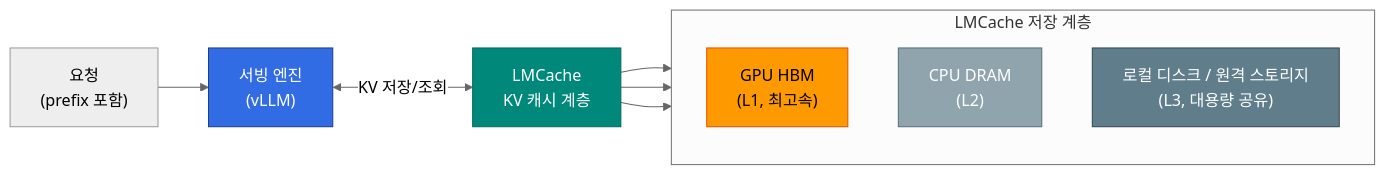
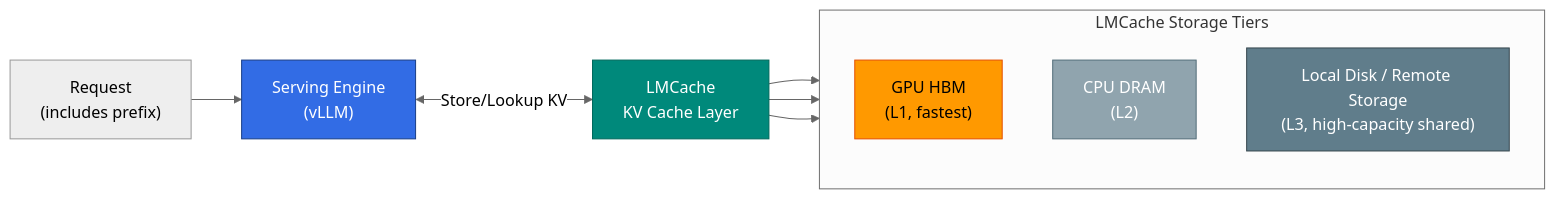
Before and after one commit to devfloor9/engineering-playbook: the diagram in docs/agentic-ai-platform/model-serving/inference-optimization/lmcache.md, drawn with Mermaid (neutral theme). The commit also changed other lines of this file and 954 other files, not shown here.

````diff
--- a/docs/agentic-ai-platform/model-serving/inference-optimization/lmcache.md
+++ b/docs/agentic-ai-platform/model-serving/inference-optimization/lmcache.md
@@ -41,22 +41,22 @@
 ```mermaid
 flowchart LR
-    REQ["요청<br/>(prefix 포함)"] --> ENGINE["서빙 엔진<br/>(vLLM)"]
-    ENGINE <-->|KV 저장/조회| LM["LMCache<br/>KV 캐시 계층"]
+    REQ["Request<br/>(includes prefix)"] --> ENGINE["Serving Engine<br/>(vLLM)"]
+    ENGINE <-->|Store/Lookup KV| LM["LMCache<br/>KV Cache Layer"]
 
-    subgraph TIERS["LMCache 저장 계층"]
+    subgraph TIERS["LMCache Storage Tiers"]
         direction TB
-        GPU["GPU HBM<br/>(L1, 최고속)"]
+        GPU["GPU HBM<br/>(L1, fastest)"]
         CPU["CPU DRAM<br/>(L2)"]
-        DISK["로컬 디스크 / 원격 스토리지<br/>(L3, 대용량 공유)"]
+        DISK["Local Disk / Remote Storage<br/>(L3, high-capacity shared)"]
     end
 
     LM --> GPU
     LM --> CPU
     LM --> DISK
 
     style ENGINE fill:#326ce5,stroke:#1a3f87,color:#fff
     style LM fill:#00897b,stroke:#00695c,color:#fff
     style GPU fill:#ff9900,stroke:#e65100,color:#000
     style CPU fill:#90a4ae,stroke:#546e7a,color:#fff
     style DISK fill:#607d8b,stroke:#37474f,color:#fff
 ```
````
